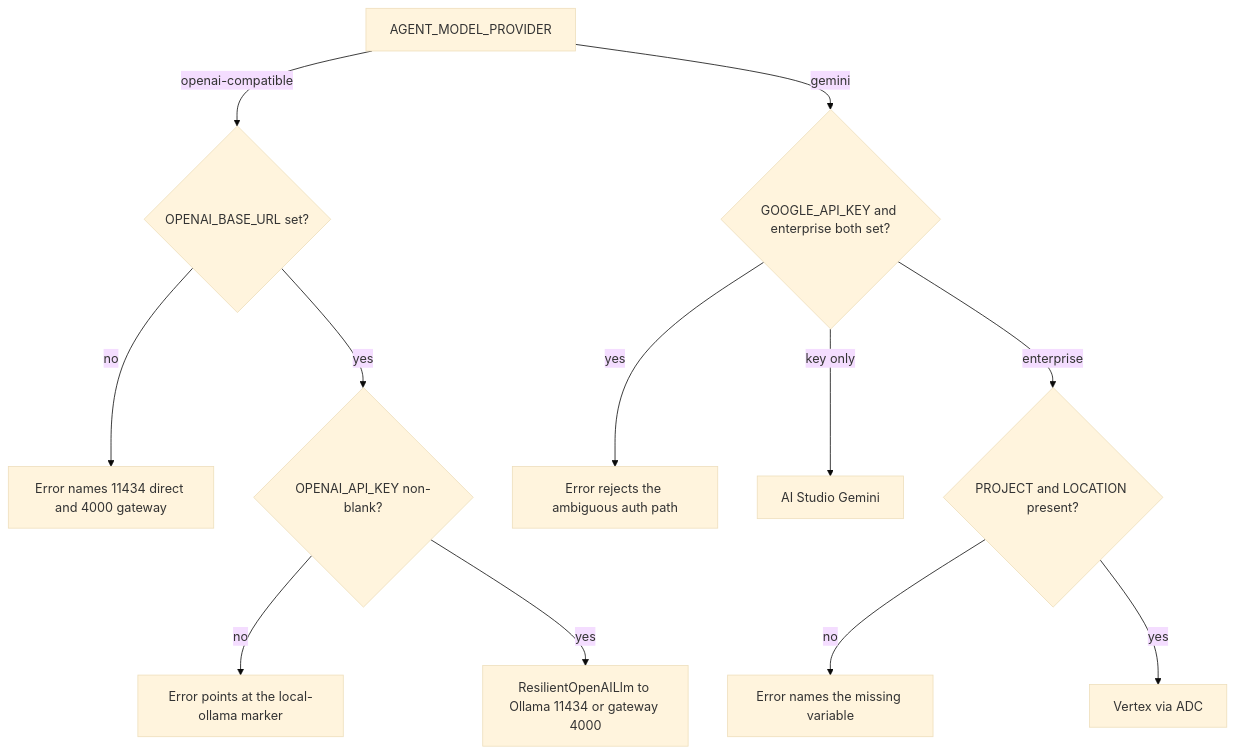
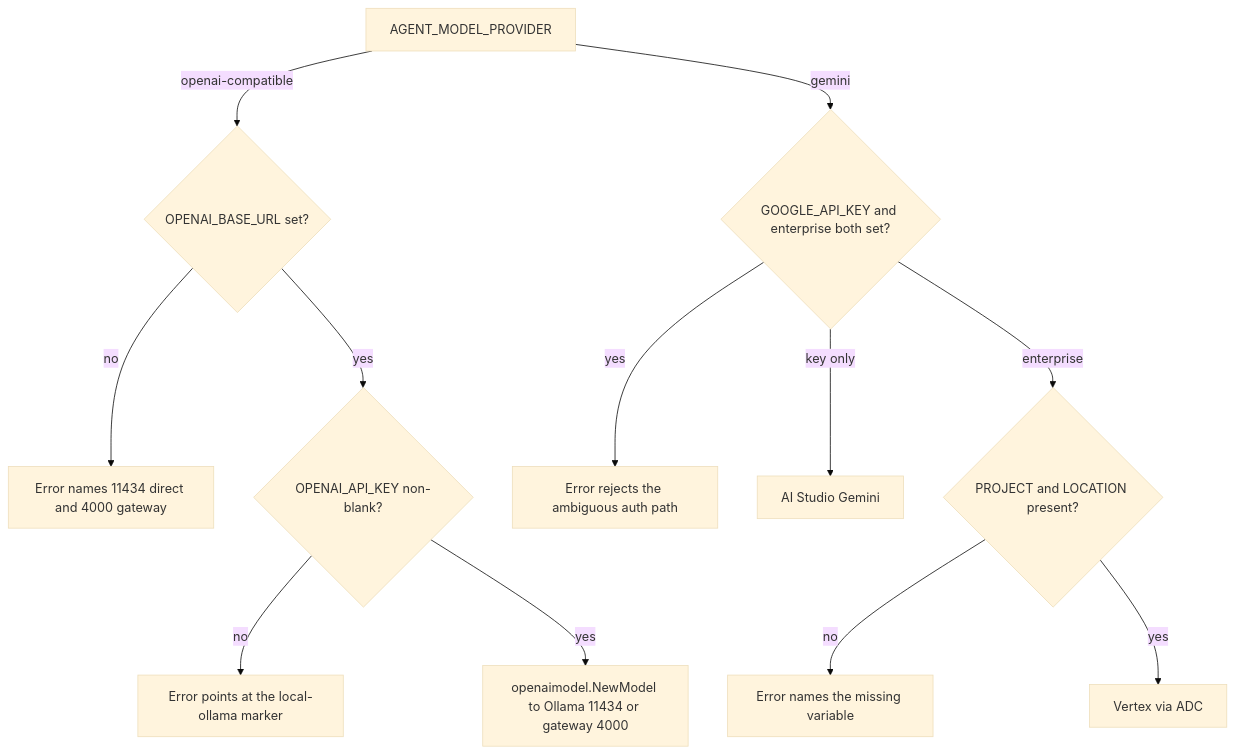
One commit to LuiGGi629/agentops-open-course changed the first of 2 diagrams in content/1. Setup/1.4. Providers.md. Above: the diagram before and after it, drawn with Mermaid (base theme). The commit also changed other lines of this file and 16 other files, not shown here.

````diff
--- a/content/1. Setup/1.4. Providers.md
+++ b/content/1. Setup/1.4. Providers.md
@@ -87,14 +87,14 @@
 ```mermaid
 flowchart TD
   Start[AGENT_MODEL_PROVIDER] -->|openai-compatible| OB{OPENAI_BASE_URL set?}
   OB -->|no| E1[Error names 11434 direct and 4000 gateway]
   OB -->|yes| OK{OPENAI_API_KEY non-blank?}
   OK -->|no| E2[Error points at the local-ollama marker]
-  OK -->|yes| R[ResilientOpenAILlm to Ollama 11434 or gateway 4000]
+  OK -->|yes| R[openaimodel.NewModel to Ollama 11434 or gateway 4000]
   Start -->|gemini| G{GOOGLE_API_KEY and enterprise both set?}
   G -->|yes| E3[Error rejects the ambiguous auth path]
   G -->|key only| AI[AI Studio Gemini]
   G -->|enterprise| P{PROJECT and LOCATION present?}
   P -->|no| E4[Error names the missing variable]
   P -->|yes| V[Vertex via ADC]
 ```
````
